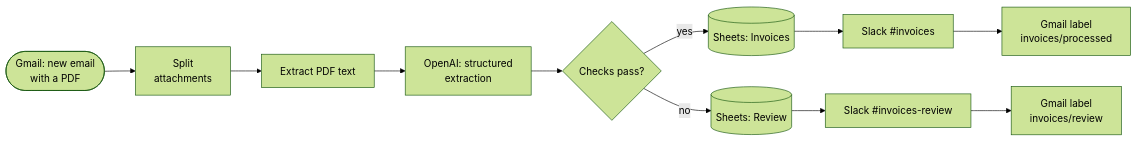
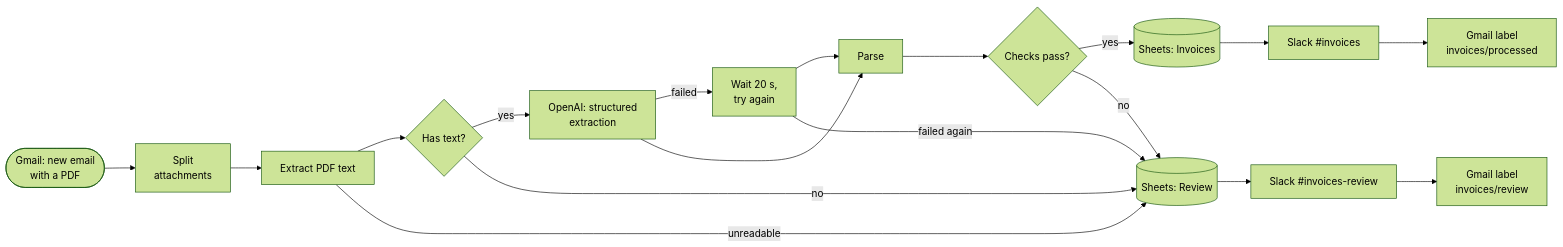
Before and after one commit to RossRodman/n8n-ai-invoice-automation: the diagram in README.md, drawn with Mermaid (forest theme). The commit also changed other lines of this file and 5 other files, not shown here.

````diff
--- a/README.md
+++ b/README.md
@@ -17,13 +17,20 @@
 ```mermaid
 flowchart LR
     G([Gmail: new email<br/>with a PDF]) --> A[Split<br/>attachments]
     A --> T[Extract PDF text]
-    T --> AI[OpenAI: structured<br/>extraction]
-    AI --> V{Checks pass?}
+    T --> H{Has text?}
+    H -- yes --> AI[OpenAI: structured<br/>extraction]
+    AI -- failed --> W[Wait 20 s,<br/>try again]
+    W --> P
+    AI --> P[Parse]
+    P --> V{Checks pass?}
     V -- yes --> S[(Sheets: Invoices)]
     S --> SL[Slack #invoices]
     SL --> L1[Gmail label<br/>invoices/processed]
+    H -- no --> R
+    T -- unreadable --> R
+    W -- failed again --> R
     V -- no --> R[(Sheets: Review)]
     R --> SR[Slack #invoices-review]
     SR --> L2[Gmail label<br/>invoices/review]
 ```
````
